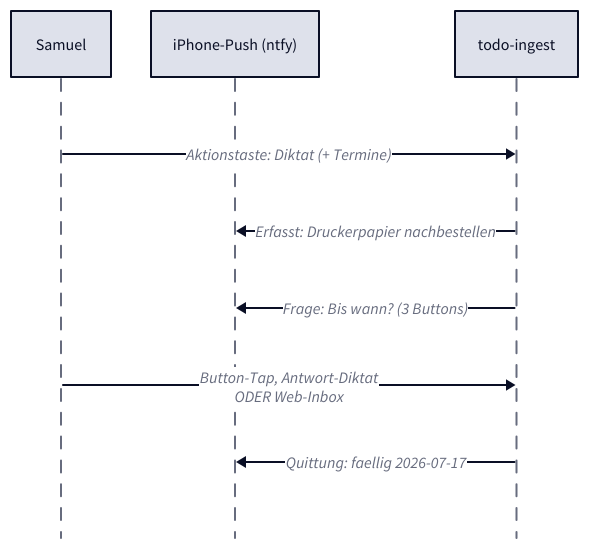
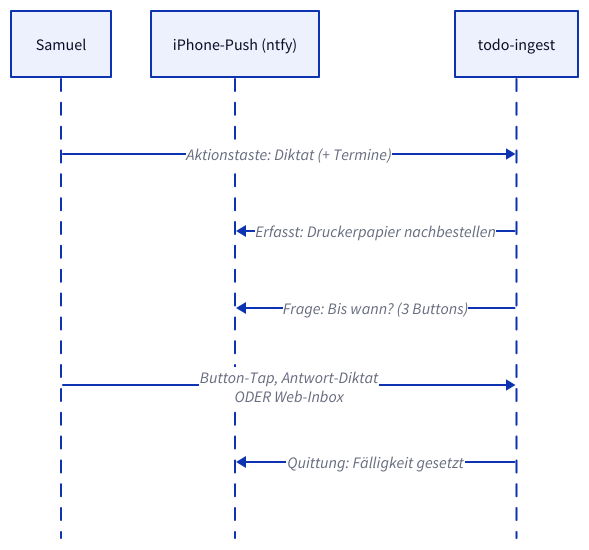
Before and after one commit to derever-labs/homelab-wiki: the first of 3 diagrams in docs/todo-ingest/betrieb.md, drawn with D2. The commit also changed other lines of this file and 8 other files, not shown here.

First line of the commit message:
Diagramme fuer TALA ueberarbeiten (Batch B7) (#103)

````diff
--- a/docs/todo-ingest/betrieb.md
+++ b/docs/todo-ingest/betrieb.md
@@ -27,20 +27,13 @@
 ```d2
-vars: {
-  d2-config: {
-    theme-id: 1
-    layout-engine: elk
-  }
-}
-
 shape: sequence_diagram
 
 S: "Samuel"
 P: "iPhone-Push (ntfy)"
 T: "todo-ingest"
 
 S -> T: "Aktionstaste: Diktat (+ Termine)"
 T -> P: "Erfasst: Druckerpapier nachbestellen"
 T -> P: "Frage: Bis wann? (3 Buttons)"
 S -> T: "Button-Tap, Antwort-Diktat\nODER Web-Inbox"
-T -> P: "Quittung: faellig 2026-07-17"
+T -> P: "Quittung: Fälligkeit gesetzt"
 ```
````
